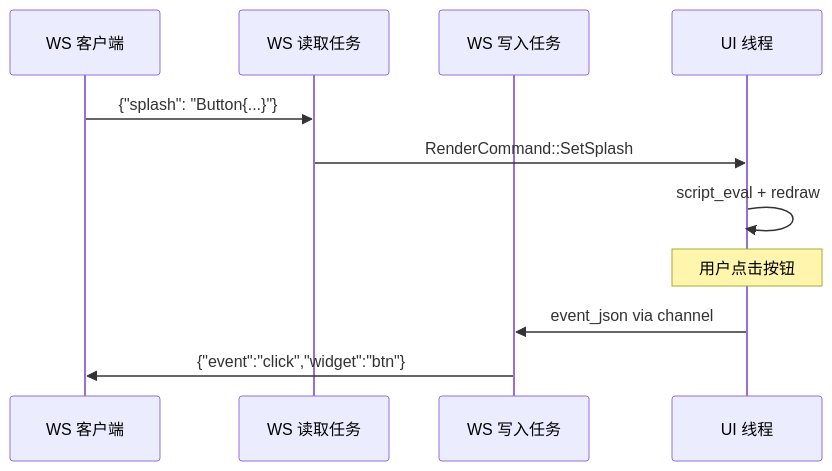
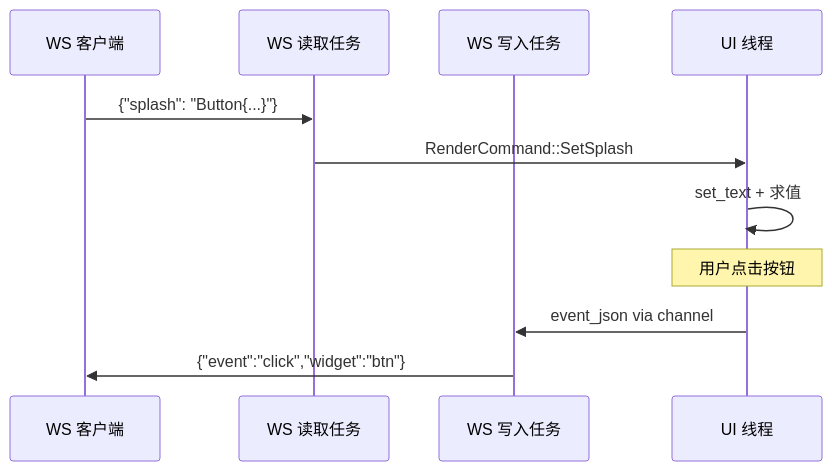
The third of 3 diagrams in src/zh/ch31-build-your-renderer.md (ZhangHanDong/makepad-2.0-book), drawn with Mermaid before and after one commit. The commit also changed other lines of this file and 6 other files, not shown here.

````diff
--- a/src/zh/ch31-build-your-renderer.md
+++ b/src/zh/ch31-build-your-renderer.md
@@ -151,13 +150,13 @@
 ```mermaid
 sequenceDiagram
     participant C as WS 客户端
     participant R as WS 读取任务
     participant W as WS 写入任务
     participant U as UI 线程
     C->>R: {"splash": "Button{...}"}
     R->>U: RenderCommand::SetSplash
-    U->>U: script_eval + redraw
+    U->>U: set_text + 求值
     Note over U: 用户点击按钮
     U->>W: event_json via channel
     W->>C: {"event":"click","widget":"btn"}
 ```
````
